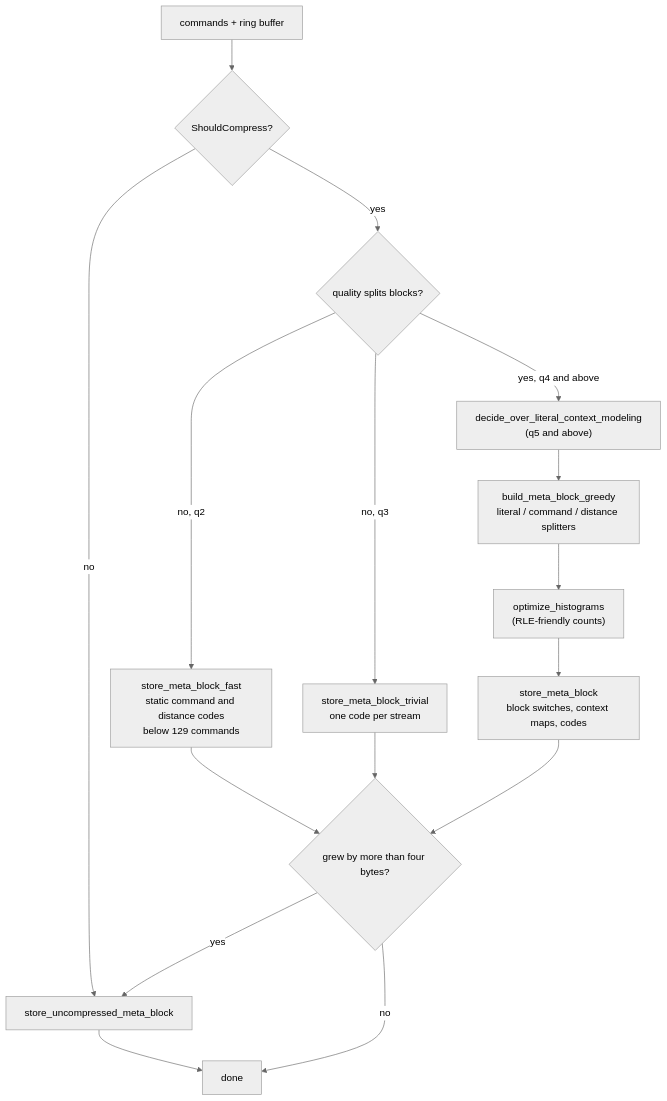
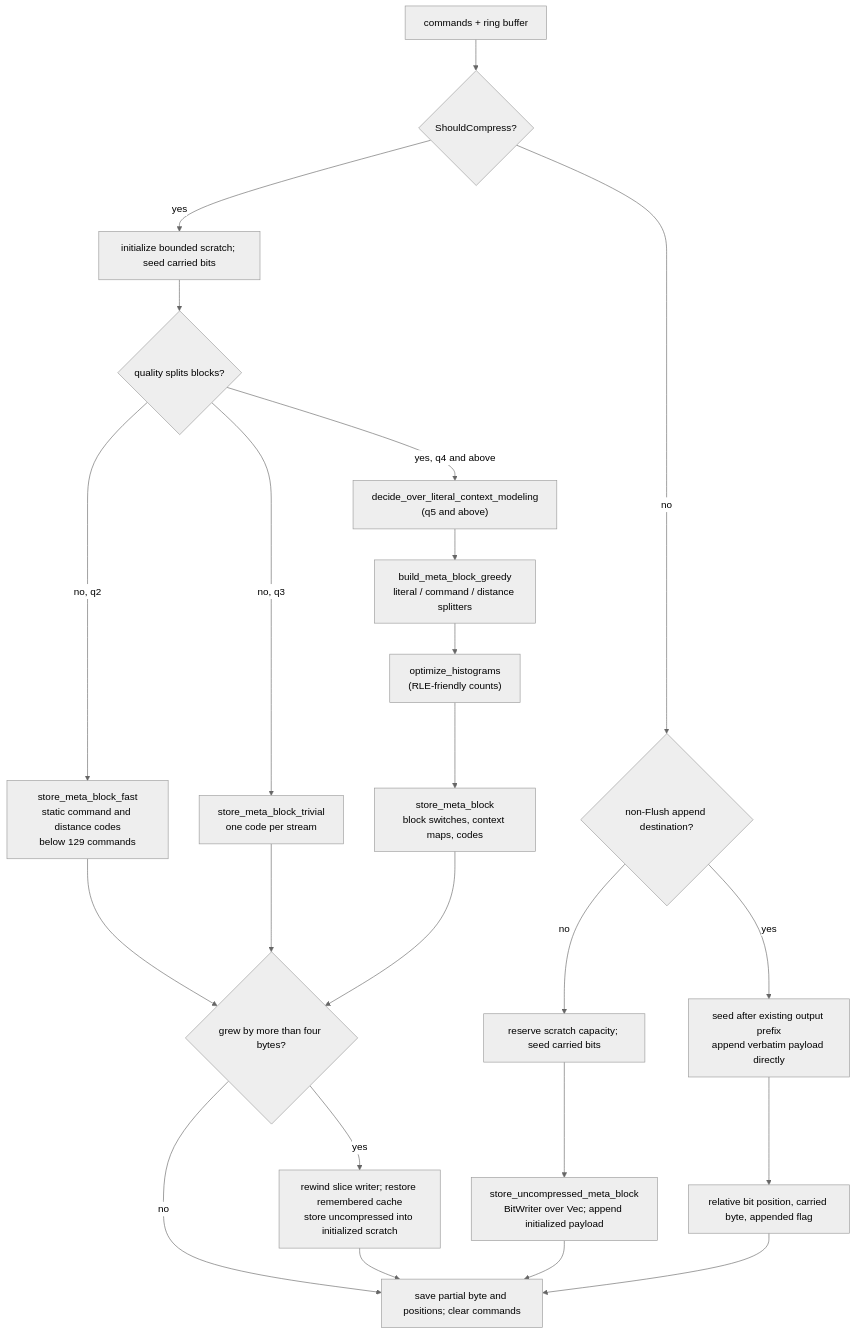
One commit to M-Compressors/mbrotli changed diagram 18 of 24 in architecture/greedy-encoder.md. Above: the diagram before and after it, drawn with Mermaid (neutral theme). The commit also changed other lines of this file and 186 other files, not shown here.

````diff
--- a/architecture/greedy-encoder.md
+++ b/architecture/greedy-encoder.md
@@ -942,18 +1163,25 @@
 ```mermaid
 flowchart TD
     cmds["commands + ring buffer"] --> should{"ShouldCompress?"}
-    should -->|no| raw["store_uncompressed_meta_block"]
-    should -->|yes| q{"quality splits blocks?"}
+    should -->|no| destination{"non-Flush append destination?"}
+    destination -->|yes| direct["seed after existing output prefix<br/>append verbatim payload directly"]
+    destination -->|no| lazy["reserve scratch capacity; seed carried bits"]
+    lazy --> raw["store_uncompressed_meta_block<br/>BitWriter over Vec; append initialized payload"]
+    direct --> metadata["relative bit position, carried byte, appended flag"]
+    should -->|yes| scratch["initialize bounded scratch; seed carried bits"]
+    scratch --> q{"quality splits blocks?"}
     q -->|"no, q2"| fastst["store_meta_block_fast<br/>static command and distance codes<br/>below 129 commands"]
     q -->|"no, q3"| trivial["store_meta_block_trivial<br/>one code per stream"]
     q -->|"yes, q4 and above"| ctx["decide_over_literal_context_modeling<br/>(q5 and above)"]
     ctx --> build["build_meta_block_greedy<br/>literal / command / distance splitters"]
     build --> opt["optimize_histograms<br/>(RLE-friendly counts)"]
     opt --> store["store_meta_block<br/>block switches, context maps, codes"]
     fastst --> grew{"grew by more than four bytes?"}
     trivial --> grew
     store --> grew
-    grew -->|yes| raw
-    grew -->|no| done["done"]
+    grew -->|yes| fallback["rewind slice writer; restore remembered cache<br/>store uncompressed into initialized scratch"]
+    grew -->|no| done["save partial byte and positions; clear commands"]
+    fallback --> done
     raw --> done
+    metadata --> done
 ```
````
